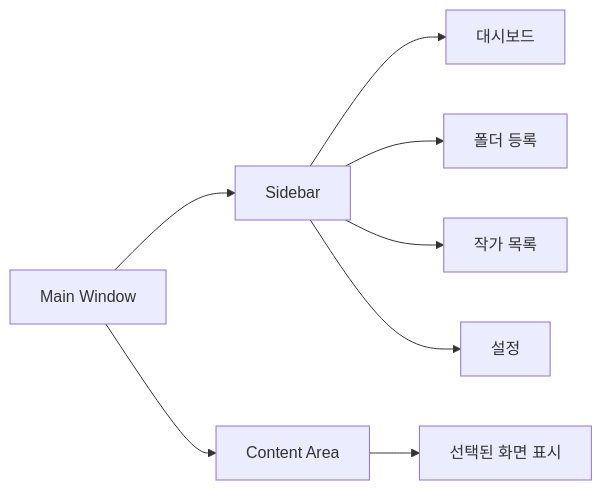
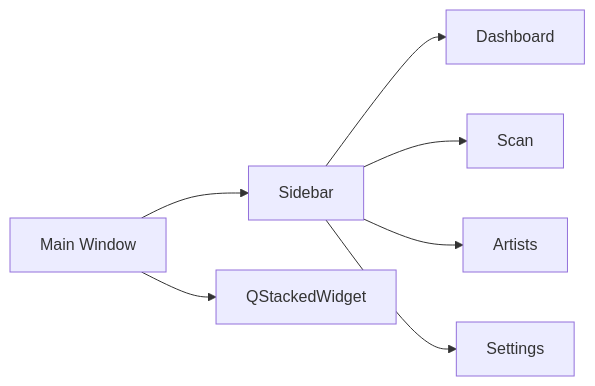
The first of 2 diagrams in docs/05_UI_DESIGN.md (PKT0623/PixivLocalManager), drawn with Mermaid before and after one commit. The commit also changed other lines of this file and 11 other files, not shown here.

````diff
--- a/docs/05_UI_DESIGN.md
+++ b/docs/05_UI_DESIGN.md
@@ -36,15 +42,13 @@
 ```mermaid
 flowchart LR
 
-APP[Main Window]
+MAIN[Main Window]
 
-APP --> SIDEBAR[Sidebar]
-APP --> CONTENT[Content Area]
+MAIN --> SIDEBAR[Sidebar]
+MAIN --> STACK[QStackedWidget]
 
-SIDEBAR --> DASHBOARD[대시보드]
-SIDEBAR --> SCAN[폴더 등록]
-SIDEBAR --> ARTISTS[작가 목록]
-SIDEBAR --> SETTINGS[설정]
-
-CONTENT --> PAGE[선택된 화면 표시]
+SIDEBAR --> DASHBOARD[Dashboard]
+SIDEBAR --> SCAN[Scan]
+SIDEBAR --> ARTISTS[Artists]
+SIDEBAR --> SETTINGS[Settings]
 ```
````
